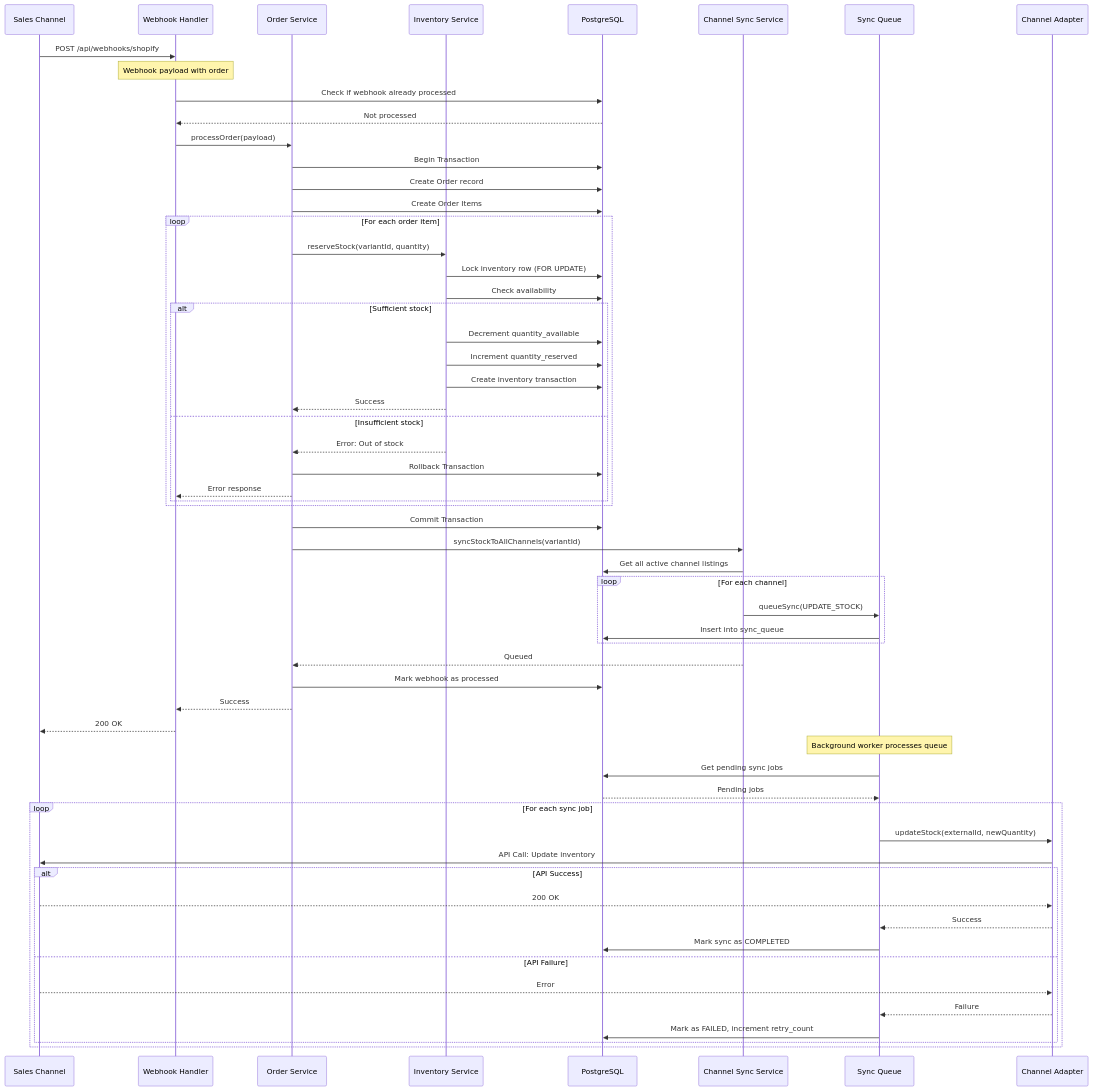
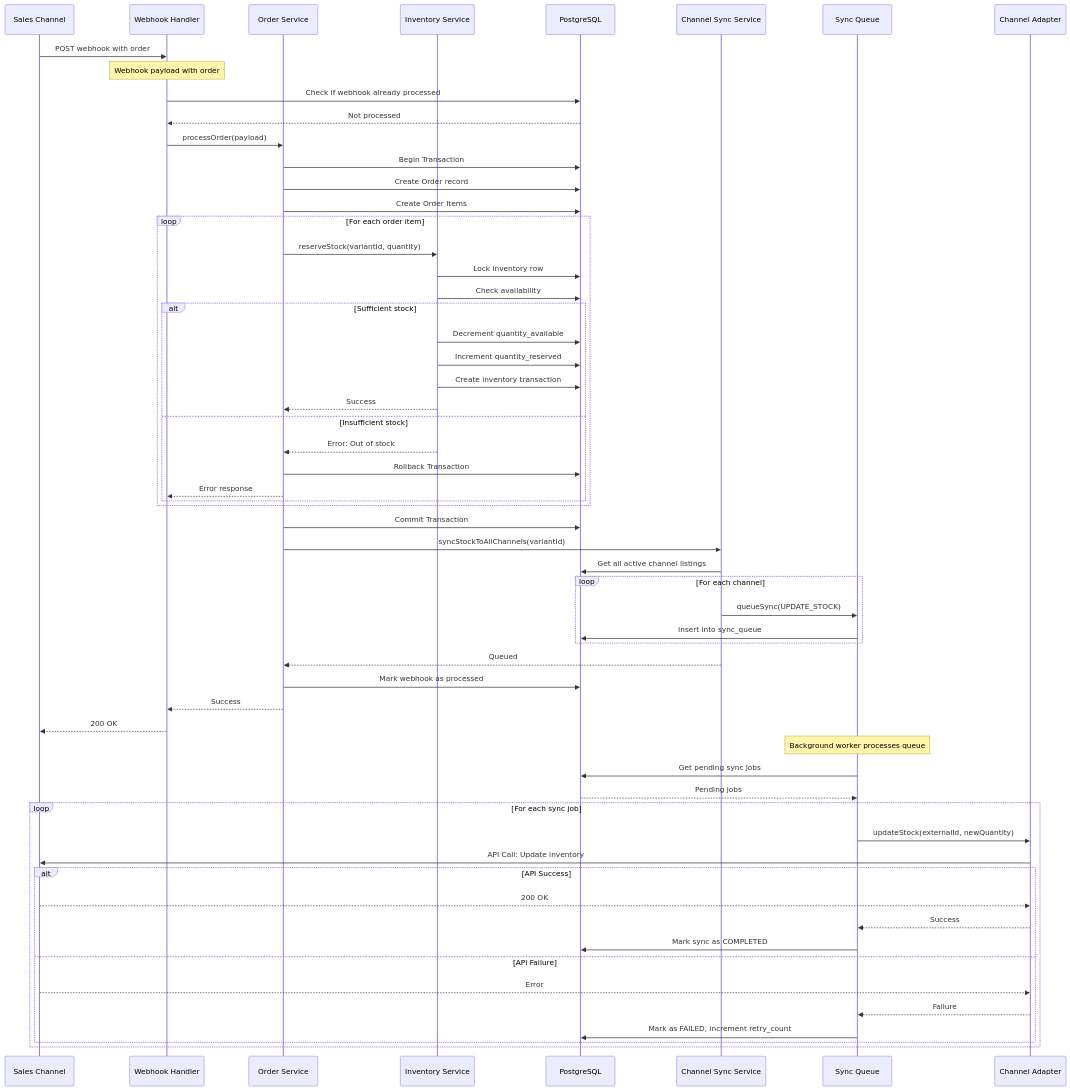
The third of 10 diagrams in architecture-diagrams.md (cesargasca/sales-channel-connector), drawn with Mermaid before and after one commit. The commit also changed other lines of this file, not shown here.

First line of the commit message:
Updates architecture diagrams for clarity

````diff
--- a/architecture-diagrams.md
+++ b/architecture-diagrams.md
@@ -238,75 +231,75 @@
 ```mermaid
 sequenceDiagram
     participant Channel as Sales Channel
     participant Webhook as Webhook Handler
     participant OrderService as Order Service
     participant InventoryService as Inventory Service
     participant DB as PostgreSQL
     participant SyncService as Channel Sync Service
     participant Queue as Sync Queue
     participant Adapter as Channel Adapter
     
-    Channel->>Webhook: POST /api/webhooks/shopify
+    Channel->>Webhook: POST webhook with order
     Note over Webhook: Webhook payload with order
     
     Webhook->>DB: Check if webhook already processed
     DB-->>Webhook: Not processed
     
     Webhook->>OrderService: processOrder(payload)
     
     OrderService->>DB: Begin Transaction
     OrderService->>DB: Create Order record
     OrderService->>DB: Create Order Items
     
     loop For each order item
         OrderService->>InventoryService: reserveStock(variantId, quantity)
-        InventoryService->>DB: Lock inventory row (FOR UPDATE)
+        InventoryService->>DB: Lock inventory row
         InventoryService->>DB: Check availability
         
         alt Sufficient stock
             InventoryService->>DB: Decrement quantity_available
             InventoryService->>DB: Increment quantity_reserved
             InventoryService->>DB: Create inventory transaction
             InventoryService-->>OrderService: Success
         else Insufficient stock
             InventoryService-->>OrderService: Error: Out of stock
             OrderService->>DB: Rollback Transaction
             OrderService-->>Webhook: Error response
         end
     end
     
     OrderService->>DB: Commit Transaction
     OrderService->>SyncService: syncStockToAllChannels(variantId)
     
     SyncService->>DB: Get all active channel listings
     
     loop For each channel
         SyncService->>Queue: queueSync(UPDATE_STOCK)
         Queue->>DB: Insert into sync_queue
     end
     
     SyncService-->>OrderService: Queued
     OrderService->>DB: Mark webhook as processed
     OrderService-->>Webhook: Success
     Webhook-->>Channel: 200 OK
     
     Note over Queue: Background worker processes queue
     
     Queue->>DB: Get pending sync jobs
     DB-->>Queue: Pending jobs
     
     loop For each sync job
         Queue->>Adapter: updateStock(externalId, newQuantity)
         Adapter->>Channel: API Call: Update inventory
         
         alt API Success
             Channel-->>Adapter: 200 OK
             Adapter-->>Queue: Success
             Queue->>DB: Mark sync as COMPLETED
         else API Failure
             Channel-->>Adapter: Error
             Adapter-->>Queue: Failure
             Queue->>DB: Mark as FAILED, increment retry_count
         end
     end
 ```
````
